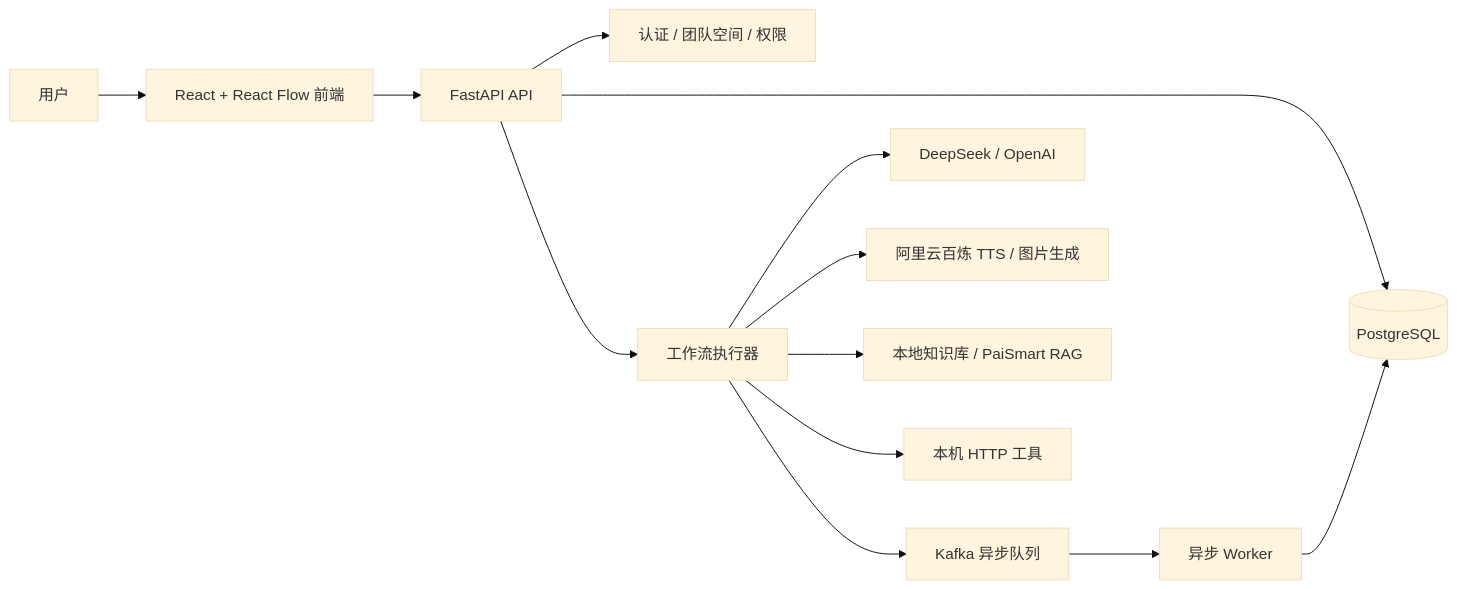
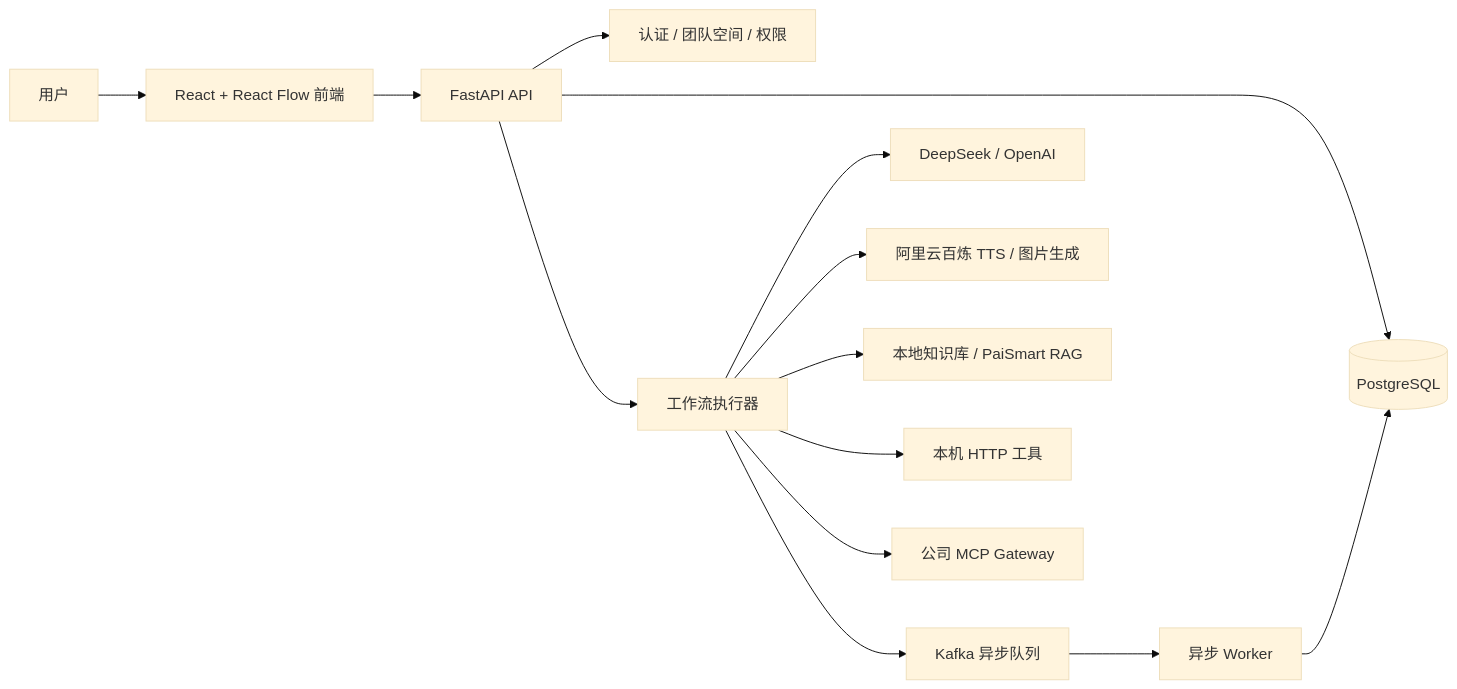
The diagram in README.md (996963759/workflow-studio), drawn with Mermaid (base theme) before and after one commit. The commit also changed other lines of this file and 28 other files, not shown here.

````diff
--- a/README.md
+++ b/README.md
@@ -37,15 +37,16 @@
 ```mermaid
 flowchart LR
   User[用户] --> Web[React + React Flow 前端]
   Web --> API[FastAPI API]
   API --> Auth[认证 / 团队空间 / 权限]
   API --> Store[(PostgreSQL)]
   API --> Runner[工作流执行器]
   Runner --> Queue[Kafka 异步队列]
   Queue --> Worker[异步 Worker]
   Runner --> LLM[DeepSeek / OpenAI]
   Runner --> DashScope[阿里云百炼 TTS / 图片生成]
   Runner --> RAG[本地知识库 / PaiSmart RAG]
   Runner --> Tool[本机 HTTP 工具]
+  Runner --> MCP[公司 MCP Gateway]
   Worker --> Store
 ```
````
